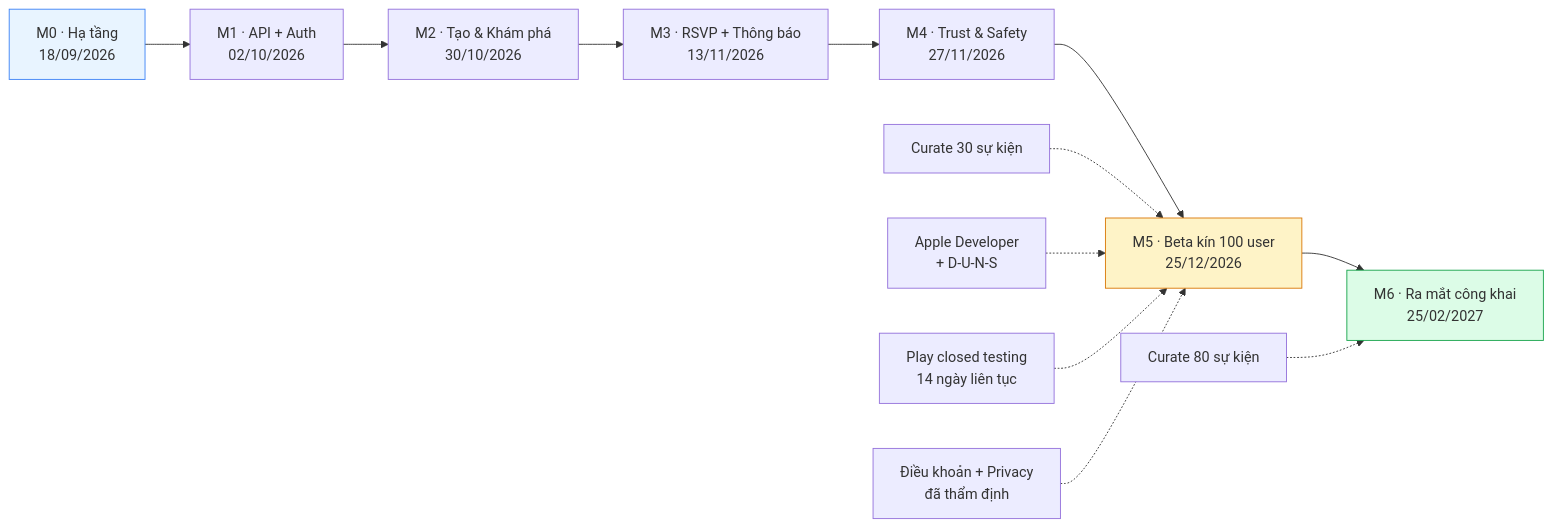
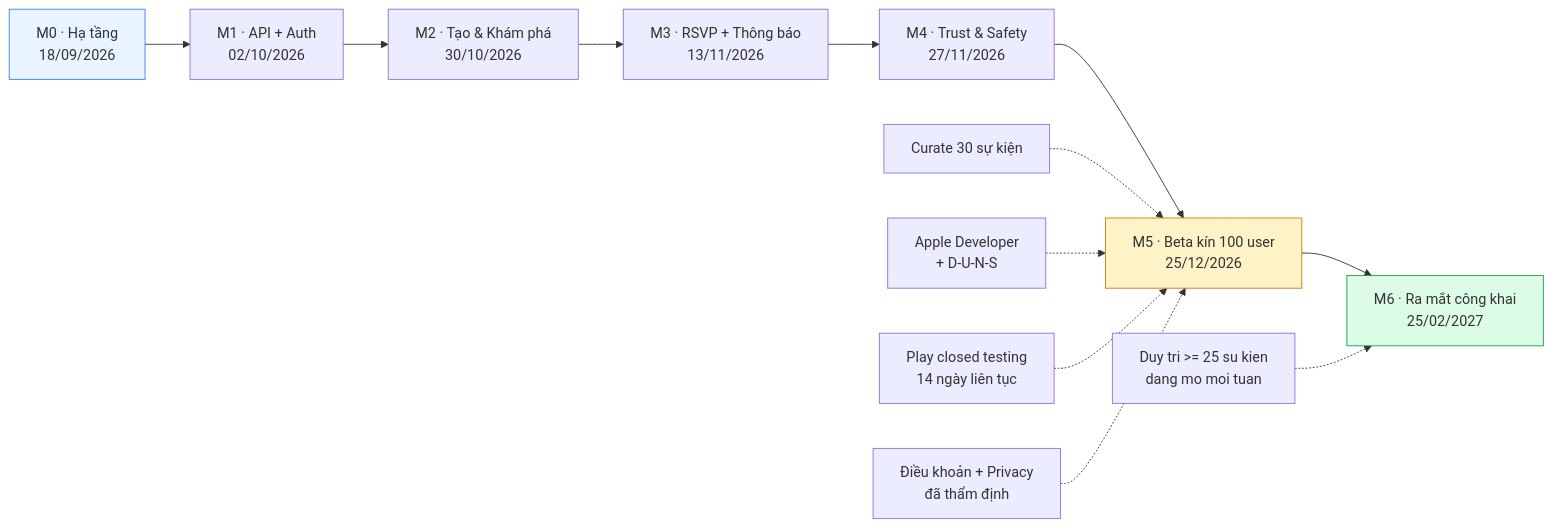
One commit to DangNH2512/vncare changed the first of 5 diagrams in docs/analysis/08-roadmap-va-ke-hoach-trien-khai.md. Above: the diagram before and after it, drawn with Mermaid. The commit also changed other lines of this file and 110 other files, not shown here.

````diff
--- a/docs/analysis/08-roadmap-va-ke-hoach-trien-khai.md
+++ b/docs/analysis/08-roadmap-va-ke-hoach-trien-khai.md
@@ -59,19 +82,19 @@
 ```mermaid
 flowchart LR
     M0["M0 · Hạ tầng<br/>18/09/2026"] --> M1["M1 · API + Auth<br/>02/10/2026"]
     M1 --> M2["M2 · Tạo & Khám phá<br/>30/10/2026"]
     M2 --> M3["M3 · RSVP + Thông báo<br/>13/11/2026"]
     M3 --> M4["M4 · Trust & Safety<br/>27/11/2026"]
     M4 --> M5["M5 · Beta kín 100 user<br/>25/12/2026"]
     M5 --> M6["M6 · Ra mắt công khai<br/>25/02/2027"]
 
     C1["Curate 30 sự kiện"] -.-> M5
-    C2["Curate 80 sự kiện"] -.-> M6
+    C2["Duy tri >= 25 su kien<br/>dang mo moi tuan"] -.-> M6
     S1["Apple Developer<br/>+ D-U-N-S"] -.-> M5
     S2["Play closed testing<br/>14 ngày liên tục"] -.-> M5
     L1["Điều khoản + Privacy<br/>đã thẩm định"] -.-> M5
 
     style M0 fill:#e8f4ff,stroke:#3b82f6
     style M5 fill:#fef3c7,stroke:#d97706
     style M6 fill:#dcfce7,stroke:#16a34a
 ```
````
